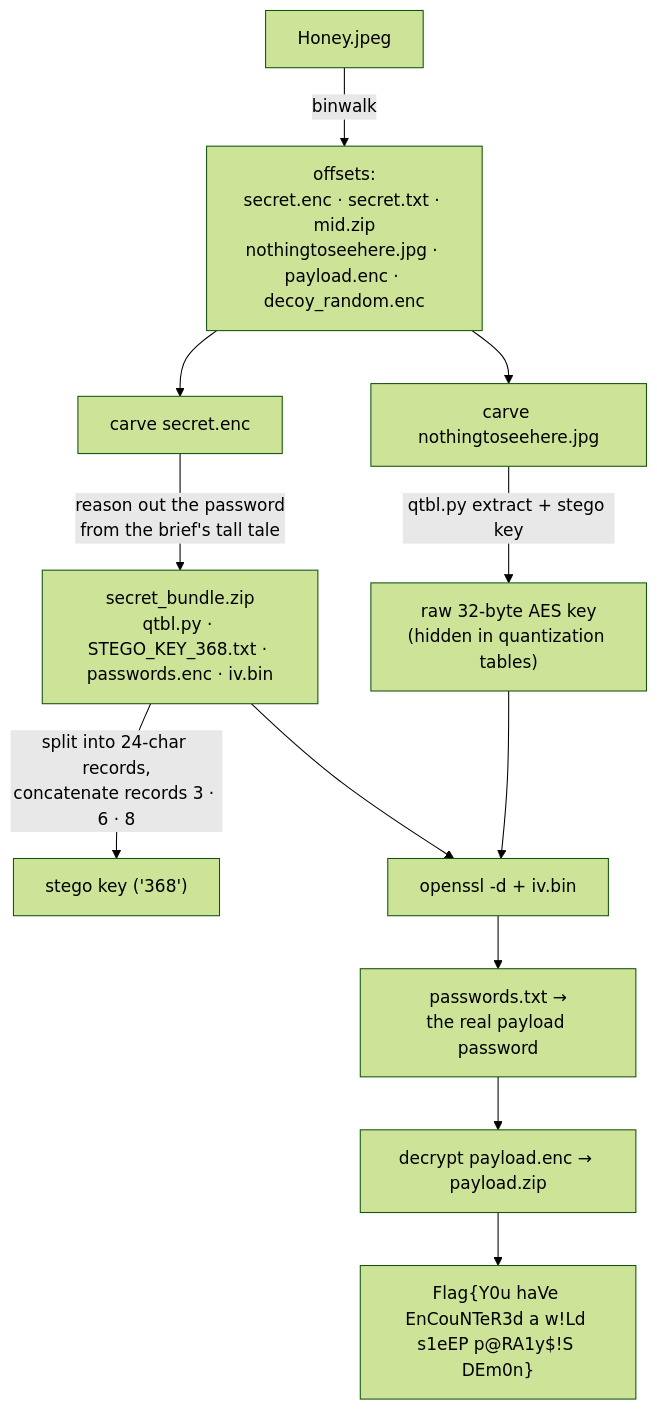
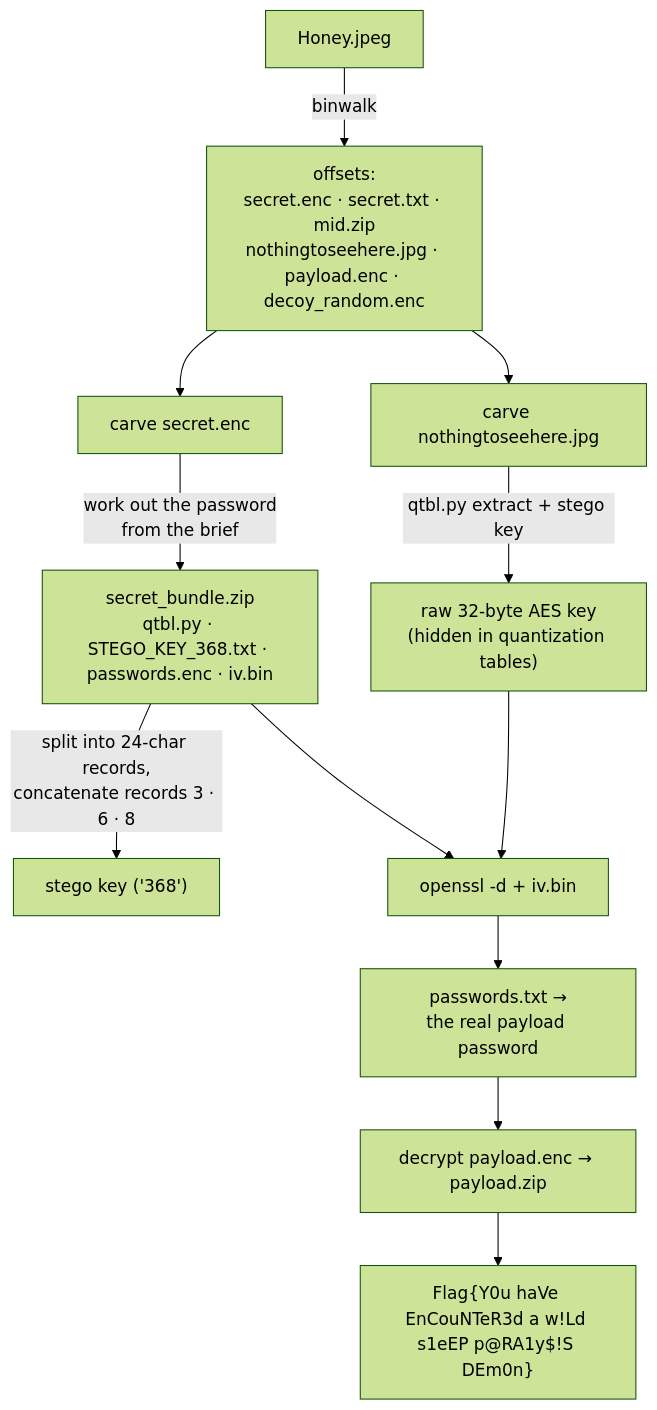
The diagram in src/content/readmes/steganography-ctf/lvl-3.md (jdtherobot/jdtherobot.github.io), drawn with Mermaid (forest theme) before and after one commit. The commit also changed other lines of this file and 4 other files, not shown here.

````diff
--- a/src/content/readmes/steganography-ctf/lvl-3.md
+++ b/src/content/readmes/steganography-ctf/lvl-3.md
@@ -18,14 +20,14 @@
 ```mermaid
 flowchart TD
   H["Honey.jpeg"] -->|binwalk| OFF["offsets:<br/>secret.enc · secret.txt · mid.zip<br/>nothingtoseehere.jpg · payload.enc · decoy_random.enc"]
   OFF --> SE["carve secret.enc"]
-  SE -->|"reason out the password<br/>from the brief's tall tale"| BUN["secret_bundle.zip<br/>qtbl.py · STEGO_KEY_368.txt · passwords.enc · iv.bin"]
+  SE -->|"work out the password<br/>from the brief"| BUN["secret_bundle.zip<br/>qtbl.py · STEGO_KEY_368.txt · passwords.enc · iv.bin"]
   BUN -->|"split into 24-char records,<br/>concatenate records 3 · 6 · 8"| KB["stego key ('368')"]
   OFF --> NJ["carve nothingtoseehere.jpg"]
   NJ -->|"qtbl.py extract + stego key"| AK["raw 32-byte AES key<br/>(hidden in quantization tables)"]
   AK --> DP["openssl -d + iv.bin"]
   BUN --> DP
   DP --> PW["passwords.txt →<br/>the real payload password"]
   PW --> PL["decrypt payload.enc → payload.zip"]
   PL --> FLAG["Flag{Y0u haVe EnCouNTeR3d a w!Ld s1eEP p@RA1y$!S DEm0n}"]
 ```
````
